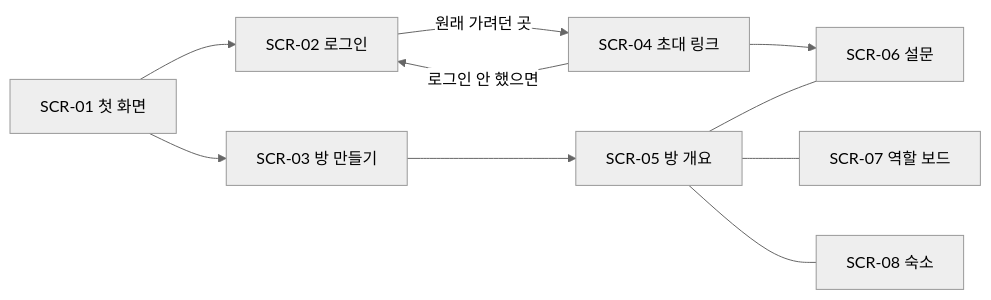
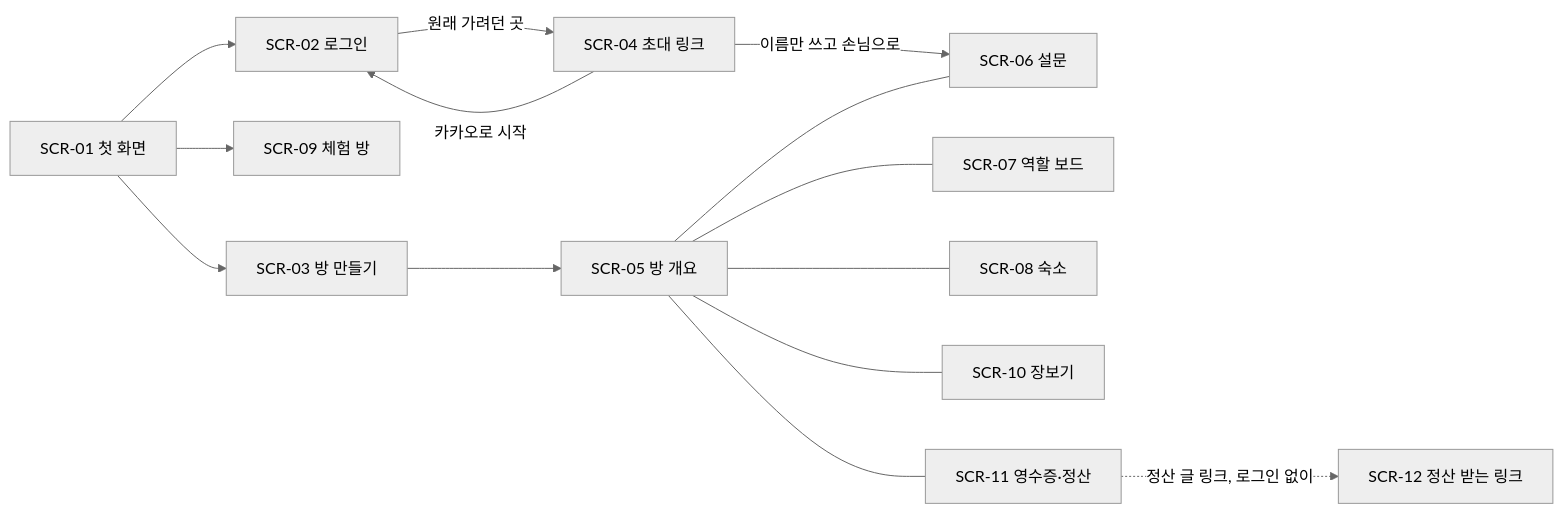
One commit to jihun-moon/bootcamp-2nd-project changed the diagram in docs/02-화면설계.md. Above: the diagram before and after it, drawn with Mermaid (neutral theme). The commit also changed other lines of this file and 190 other files, not shown here.

````diff
--- a/docs/02-화면설계.md
+++ b/docs/02-화면설계.md
@@ -28,12 +31,16 @@
 ```mermaid
 flowchart LR
     A[SCR-01 첫 화면] --> B[SCR-02 로그인]
+    A --> I[SCR-09 체험 방]
     A --> C[SCR-03 방 만들기]
     C --> E[SCR-05 방 개요]
-    D[SCR-04 초대 링크] -- 로그인 안 했으면 --> B
+    D[SCR-04 초대 링크] -- 이름만 쓰고 손님으로 --> F[SCR-06 설문]
+    D -- 카카오로 시작 --> B
     B -- 원래 가려던 곳 --> D
-    D --> F[SCR-06 설문]
     E --- F
     E --- G[SCR-07 역할 보드]
     E --- H[SCR-08 숙소]
+    E --- J[SCR-10 장보기]
+    E --- K[SCR-11 영수증·정산]
+    K -. 정산 글 링크, 로그인 없이 .-> L[SCR-12 정산 받는 링크]
 ```
````
